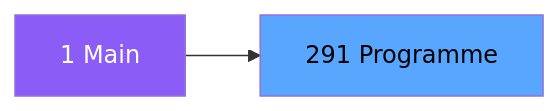
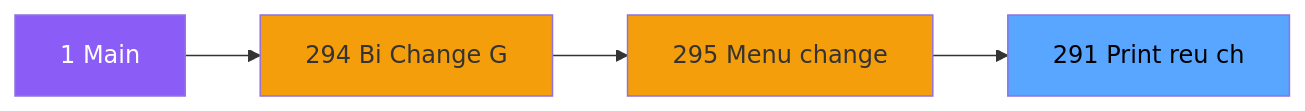
The second of 3 diagrams in .openspec/specs/ADH-IDE-291.md (thonyAGP/magic-migration), drawn with Mermaid before and after one commit. The commit also changed other lines of this file and 323 other files, not shown here.

````diff
--- a/.openspec/specs/ADH-IDE-291.md
+++ b/.openspec/specs/ADH-IDE-291.md
@@ -100,8 +113,14 @@
 ```mermaid
 graph LR
     M[1 Main]
-    T[291 Programme]
-    M --> T
+    N294[294 Bi  Change G]
+    N295[295 Menu change ]
+    T[291 Print reu ch]
+    M --> N294
+    N294 --> N295
+    N295 --> T
     style M fill:#8b5cf6,color:#fff
+    style N294 fill:#f59e0b
+    style N295 fill:#f59e0b
     style T fill:#58a6ff,color:#000
 ```
````
